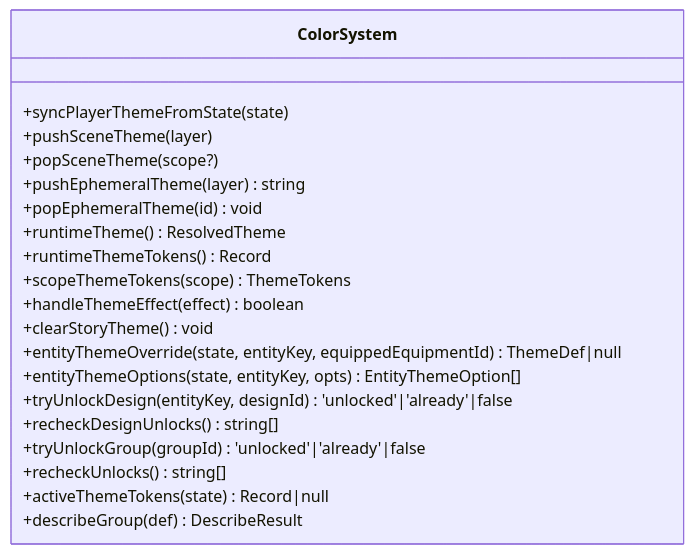
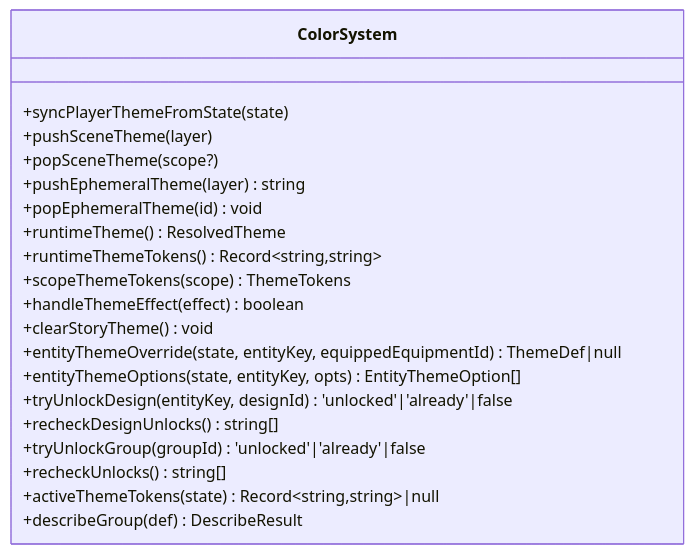
One commit to EsiLA9/Arona-Clicker changed the fourth of 6 diagrams in .qoder/repowiki/zh/content/用户界面/主题系统/颜色方案系统.md. Above: the diagram before and after it, drawn with Mermaid. The commit also changed other lines of this file and 76 other files, not shown here.

````diff
--- a/.qoder/repowiki/zh/content/用户界面/主题系统/颜色方案系统.md
+++ b/.qoder/repowiki/zh/content/用户界面/主题系统/颜色方案系统.md
@@ -140,23 +224,23 @@
 ```mermaid
 classDiagram
 class ColorSystem {
 +syncPlayerThemeFromState(state)
 +pushSceneTheme(layer)
 +popSceneTheme(scope?)
 +pushEphemeralTheme(layer) string
 +popEphemeralTheme(id) void
 +runtimeTheme() ResolvedTheme
-+runtimeThemeTokens() Record<string,string>
++runtimeThemeTokens() Record~string,string~
 +scopeThemeTokens(scope) ThemeTokens
 +handleThemeEffect(effect) boolean
 +clearStoryTheme() void
 +entityThemeOverride(state, entityKey, equippedEquipmentId) ThemeDef|null
 +entityThemeOptions(state, entityKey, opts) EntityThemeOption[]
 +tryUnlockDesign(entityKey, designId) 'unlocked'|'already'|false
 +recheckDesignUnlocks() string[]
 +tryUnlockGroup(groupId) 'unlocked'|'already'|false
 +recheckUnlocks() string[]
-+activeThemeTokens(state) Record<string,string>|null
++activeThemeTokens(state) Record~string,string~|null
 +describeGroup(def) DescribeResult
 }
 ```
````
